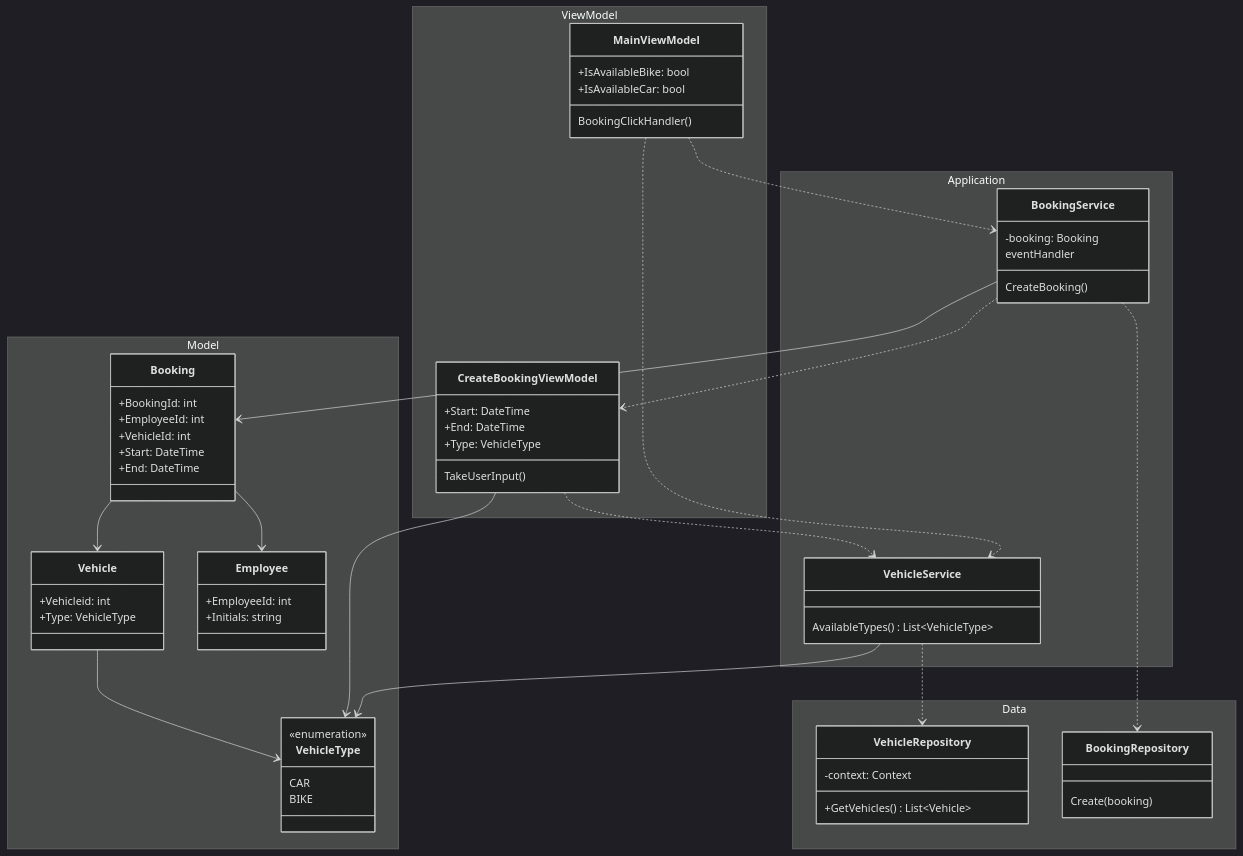
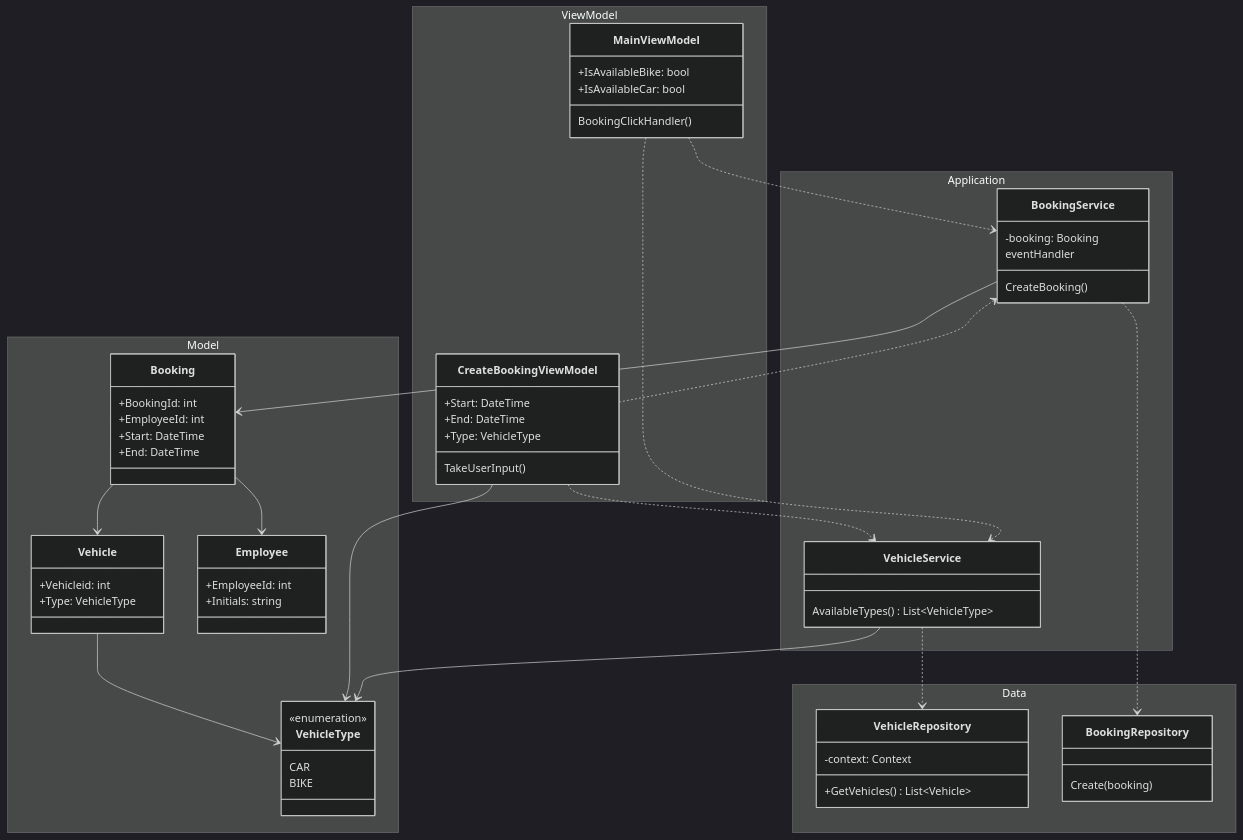
The diagram in docs/notes/Klassediagram version 1.md (Anmi9/2.SemesterEksamensprojekt), drawn with Mermaid (dark theme) before and after one commit. The commit also changed other lines of this file, not shown here.

Commit message:
docs(lka): ændringer til klassediagram

```diff
--- a/docs/notes/Klassediagram version 1.md
+++ b/docs/notes/Klassediagram version 1.md
@@ -25,7 +25,7 @@
 class Booking{
 +BookingId: int
 +EmployeeId: int
-+VehicleId: int
+%% +VehicleId: int
 +Start: DateTime
 +End: DateTime
 }}
@@ -70,7 +70,7 @@
 
 CreateBookingViewModel..>VehicleService
 
-BookingService..>CreateBookingViewModel
+BookingService<..CreateBookingViewModel
 
 MainViewModel..>BookingService
 
```
